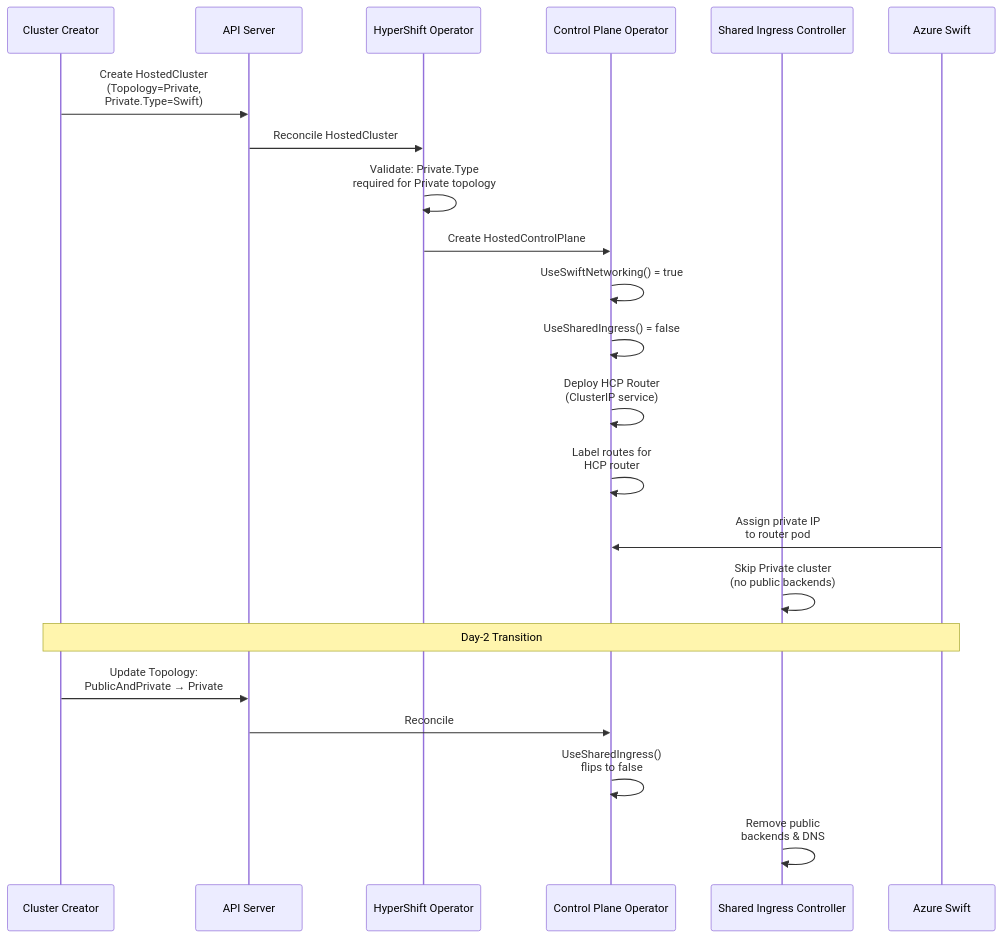
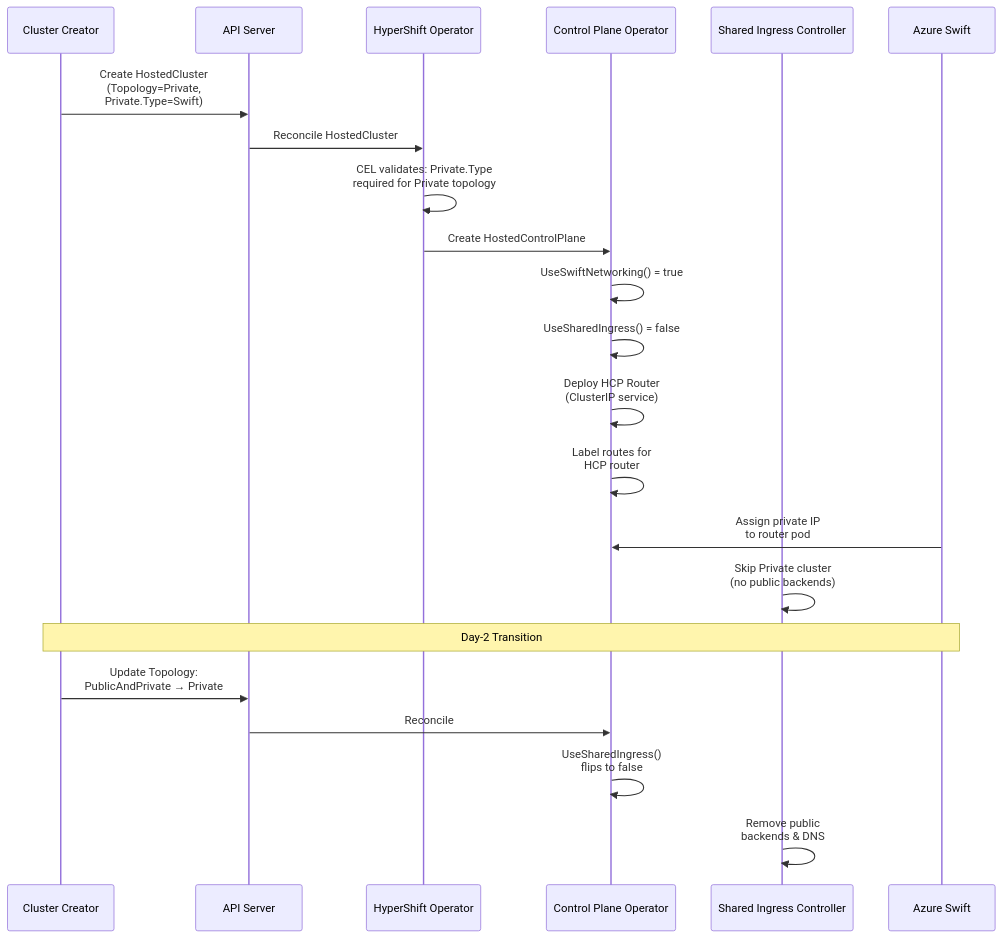
The diagram in enhancements/hypershift/api-driven-azure-topology-and-private-connectivity.md (openshift/enhancements), drawn with Mermaid before and after one commit. The commit also changed other lines of this file, not shown here.

First line of the commit message:
Address PR review feedback for API-driven Azure topology enhancement

````diff
--- a/enhancements/hypershift/api-driven-azure-topology-and-private-connectivity.md
+++ b/enhancements/hypershift/api-driven-azure-topology-and-private-connectivity.md
@@ -206,26 +241,26 @@
 ```mermaid
 sequenceDiagram
     participant Creator as Cluster Creator
     participant API as API Server
     participant HO as HyperShift Operator
     participant CPO as Control Plane Operator
     participant SI as Shared Ingress Controller
     participant Swift as Azure Swift
 
     Creator->>API: Create HostedCluster<br/>(Topology=Private,<br/>Private.Type=Swift)
     API->>HO: Reconcile HostedCluster
-    HO->>HO: Validate: Private.Type<br/>required for Private topology
+    HO->>HO: CEL validates: Private.Type<br/>required for Private topology
     HO->>CPO: Create HostedControlPlane
     CPO->>CPO: UseSwiftNetworking() = true
     CPO->>CPO: UseSharedIngress() = false
     CPO->>CPO: Deploy HCP Router<br/>(ClusterIP service)
     CPO->>CPO: Label routes for<br/>HCP router
     Swift->>CPO: Assign private IP<br/>to router pod
     SI->>SI: Skip Private cluster<br/>(no public backends)
 
     Note over Creator,Swift: Day-2 Transition
     Creator->>API: Update Topology:<br/>PublicAndPrivate → Private
     API->>CPO: Reconcile
     CPO->>CPO: UseSharedIngress()<br/>flips to false
     SI->>SI: Remove public<br/>backends & DNS
 ```
````
